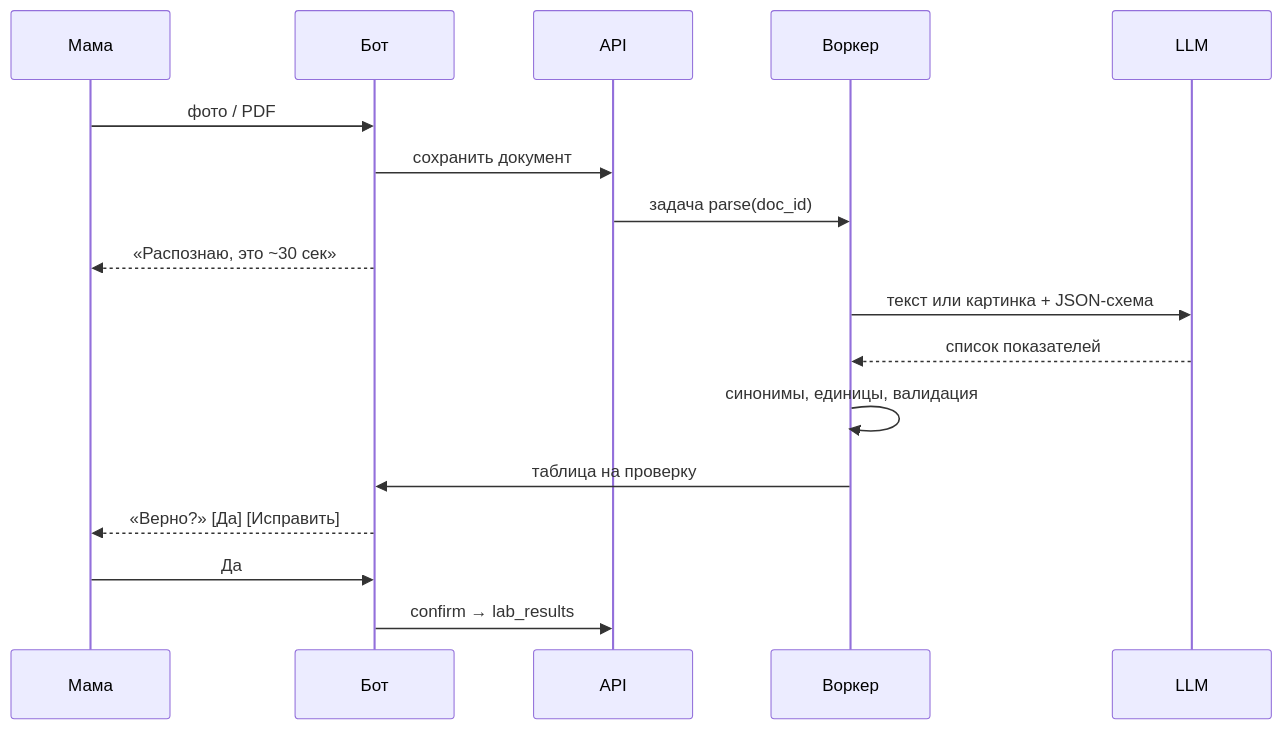
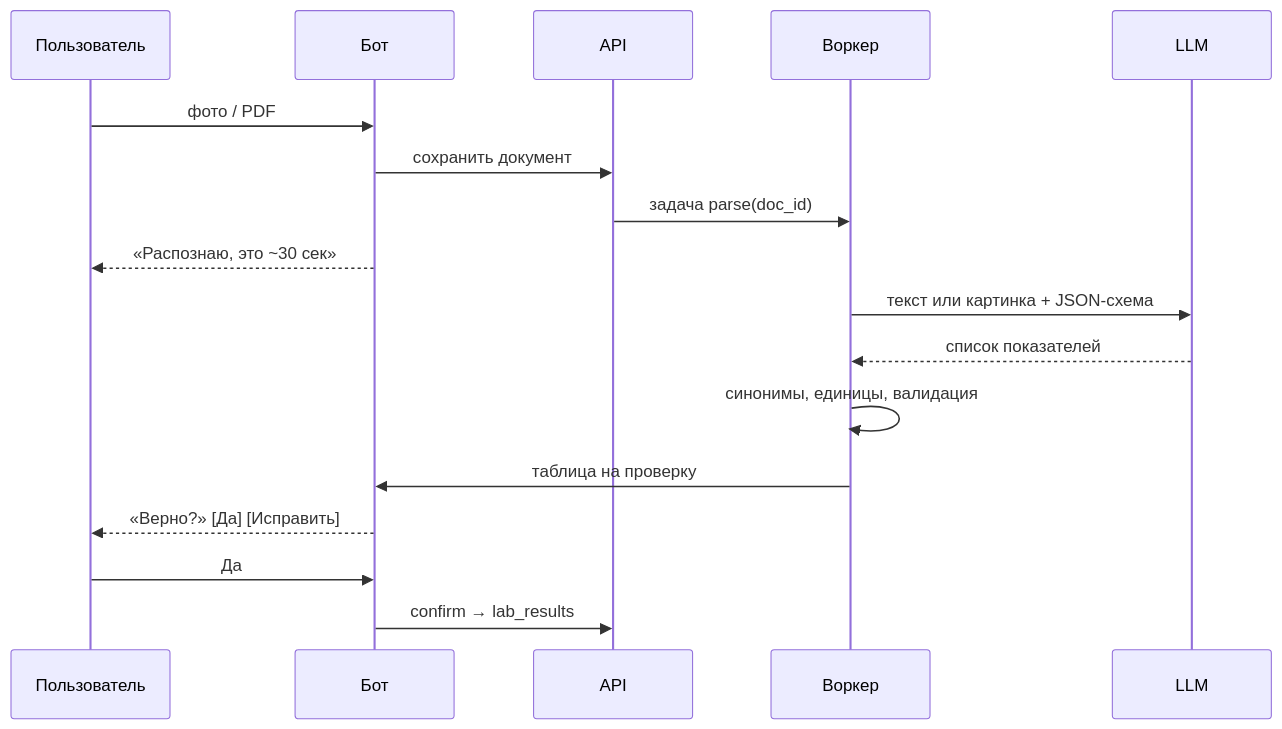
One commit to MyNameIsMoran14/JVI changed the second of 2 diagrams in docs/PROJECT_SPEC.md. Above: the diagram before and after it, drawn with Mermaid. The commit also changed other lines of this file, not shown here.

````diff
--- a/docs/PROJECT_SPEC.md
+++ b/docs/PROJECT_SPEC.md
@@ -120,19 +120,19 @@
 ```mermaid
 sequenceDiagram
-  participant M as Мама
+  participant M as Пользователь
   participant B as Бот
   participant A as API
   participant W as Воркер
   participant L as LLM
   M->>B: фото / PDF
   B->>A: сохранить документ
   A->>W: задача parse(doc_id)
   B-->>M: «Распознаю, это ~30 сек»
   W->>L: текст или картинка + JSON-схема
   L-->>W: список показателей
   W->>W: синонимы, единицы, валидация
   W->>B: таблица на проверку
   B-->>M: «Верно?» [Да] [Исправить]
   M->>B: Да
   B->>A: confirm → lab_results
 ```
````
